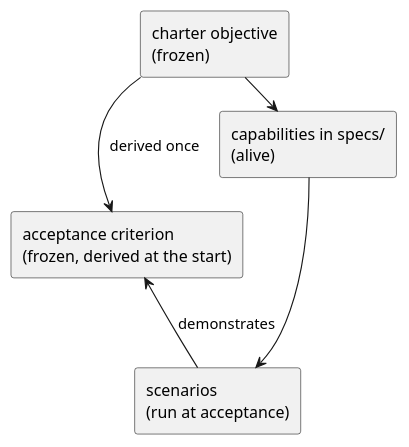
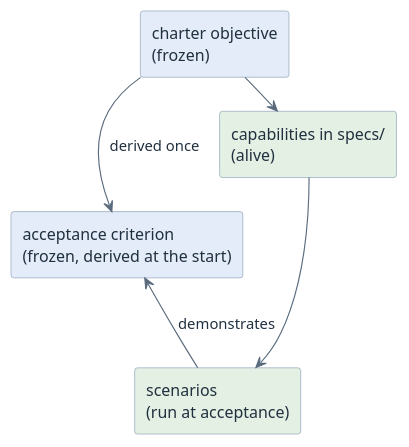
Before and after one commit to htl-leonding-college/curriculum-syp3: the diagram in modules/governance-acceptance/index.adoc, drawn with PlantUML. The commit also changed 65 other files, not shown here.

First line of the commit message:
feat(site): give the diagrams a semantic pastel palette

```diff
--- a/modules/governance-acceptance/index.adoc
+++ b/modules/governance-acceptance/index.adoc
@@ -59,18 +59,20 @@
 [plantuml,acceptance-chain,svg]
 ----
 @startuml
-skinparam monochrome true
+<style>
+element { BackgroundColor #EDF3FA; LineColor #7C93AD; FontColor #21303F }
+arrow { LineColor #5A6B7D; FontColor #21303F }
+</style>
 skinparam shadowing false
 skinparam defaultFontName Helvetica
 
-rectangle "charter objective\n(frozen)" as O
-rectangle "acceptance criterion\n(frozen, derived at the start)" as A
-rectangle "capabilities in specs/\n(alive)" as C
-rectangle "scenarios\n(run at acceptance)" as S
-
+rectangle "charter objective\n(frozen)" as O #E3ECF8
+rectangle "acceptance criterion\n(frozen, derived at the start)" as A #E3ECF8
+rectangle "capabilities in specs/\n(alive)" as C #E4F0E4
+rectangle "scenarios\n(run at acceptance)" as S #E4F0E4
 O -down-> A : "derived once"
 O -right-> C : "answered by"
 C -down-> S
 S -up-> A : "demonstrates"
 @enduml
 ----
```
